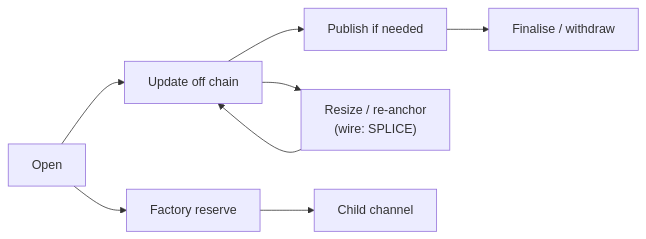
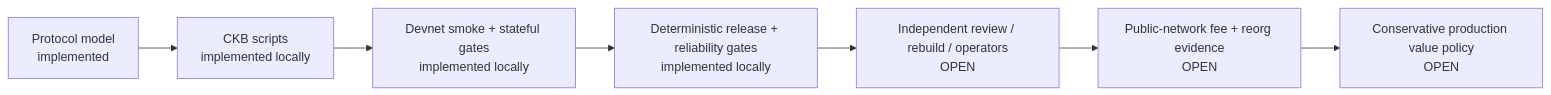
One commit to a19q3/Morph changed the fifth of 5 diagrams in README.md. Above: the diagram before and after it, drawn with Mermaid. The commit also changed other lines of this file, not shown here.

````diff
--- a/README.md
+++ b/README.md
@@ -100,10 +636,9 @@
 ```mermaid
 flowchart LR
-    A["Open"] --> B["Update off chain"]
-    B --> C["Publish if needed"]
-    C --> D["Finalise / withdraw"]
-    B --> E["Resize / re-anchor<br/>(wire: SPLICE)"]
-    E --> B
-    A --> F["Factory reserve"]
-    F --> G["Child channel"]
+    A["Protocol model<br/>implemented"] --> B["CKB scripts<br/>implemented locally"]
+    B --> C["Devnet smoke + stateful gates<br/>implemented locally"]
+    C --> D["Deterministic release + reliability gates<br/>implemented locally"]
+    D --> E["Independent review / rebuild / operators<br/>OPEN"]
+    E --> F["Public-network fee + reorg evidence<br/>OPEN"]
+    F --> G["Conservative production value policy<br/>OPEN"]
 ```
````
